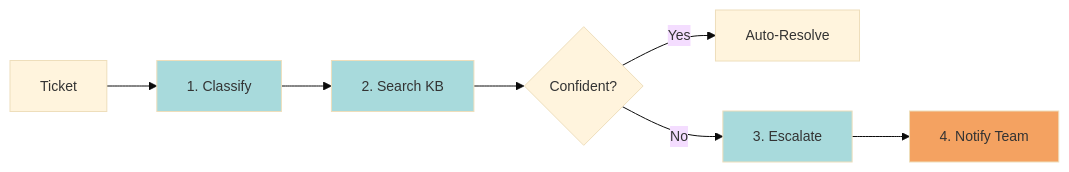
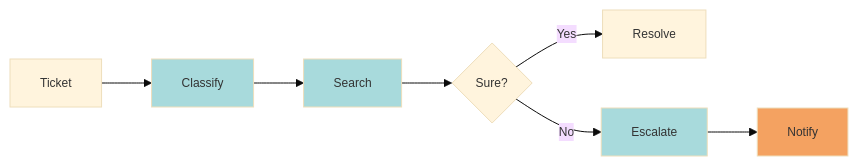
Before and after one commit to nicklotz/orkes-multiagent-workflow: the first of 2 diagrams in blog-post.md, drawn with Mermaid.

Commit message:
Use ultra-short single-word labels in diagram

````diff
--- a/blog-post.md
+++ b/blog-post.md
@@ -25,15 +25,15 @@
 ```mermaid
-%%{init: {'theme':'base', 'themeVariables': {'fontSize':'14px'}}}%%
+%%{init: {'theme':'base', 'themeVariables': {'fontSize':'12px'}}}%%
 flowchart LR
-    A[Ticket] --> B[1. Classify]
-    B --> C[2. Search KB]
-    C --> D{Confident?}
-    D -->|Yes| E[Auto-Resolve]
-    D -->|No| F[3. Escalate]
-    F --> G[4. Notify Team]
+    A[Ticket] --> B[Classify]
+    B --> C[Search]
+    C --> D{Sure?}
+    D -->|Yes| E[Resolve]
+    D -->|No| F[Escalate]
+    F --> G[Notify]
 
     style B fill:#a8dadc
     style C fill:#a8dadc
     style F fill:#a8dadc
     style G fill:#f4a261
 ```
````
